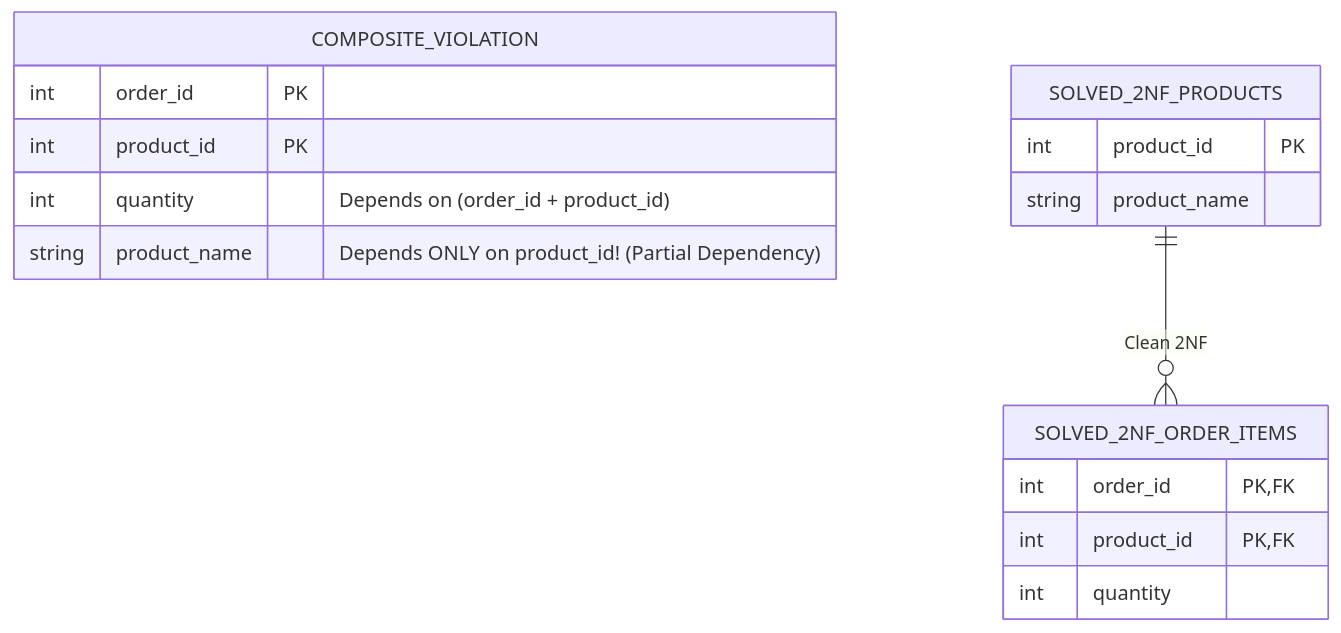
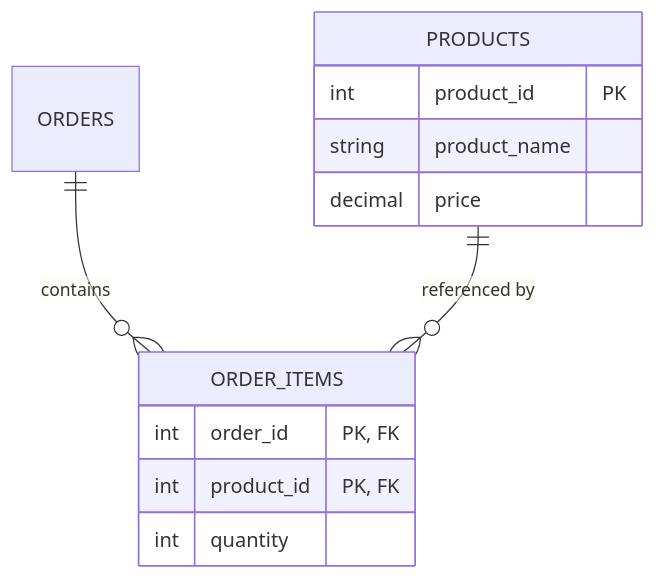
The sixth of 48 diagrams in interviews/SQL-NoSQL-Complete.md (muhammad-khaled-tech/My-Study-Notes), drawn with Mermaid before and after one commit. The commit also changed other lines of this file and 3 other files, not shown here.

````diff
--- a/interviews/SQL-NoSQL-Complete.md
+++ b/interviews/SQL-NoSQL-Complete.md
@@ -389,19 +347,15 @@
 ```mermaid
 erDiagram
-    COMPOSITE_VIOLATION {
-        int order_id PK
-        int product_id PK
-        int quantity "Depends on (order_id + product_id)"
-        string product_name "Depends ONLY on product_id! (Partial Dependency)"
-    }
-    SOLVED_2NF_ORDER_ITEMS {
-        int order_id PK, FK
-        int product_id PK, FK
+    ORDERS ||--o{ ORDER_ITEMS : contains
+    PRODUCTS ||--o{ ORDER_ITEMS : "referenced by"
+    ORDER_ITEMS {
+        int order_id "PK, FK"
+        int product_id "PK, FK"
         int quantity
     }
-    SOLVED_2NF_PRODUCTS {
+    PRODUCTS {
         int product_id PK
         string product_name
+        decimal price
     }
-    SOLVED_2NF_PRODUCTS ||--o{ SOLVED_2NF_ORDER_ITEMS : "Clean 2NF"
 ```
````
